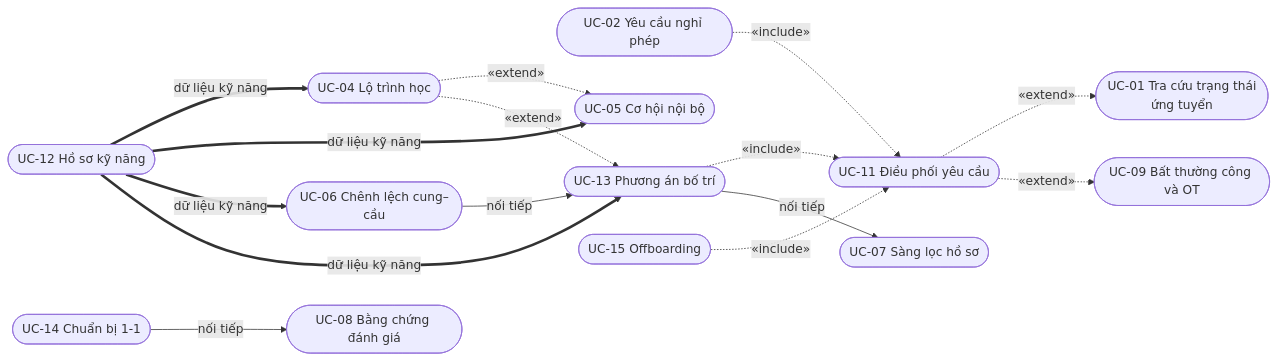
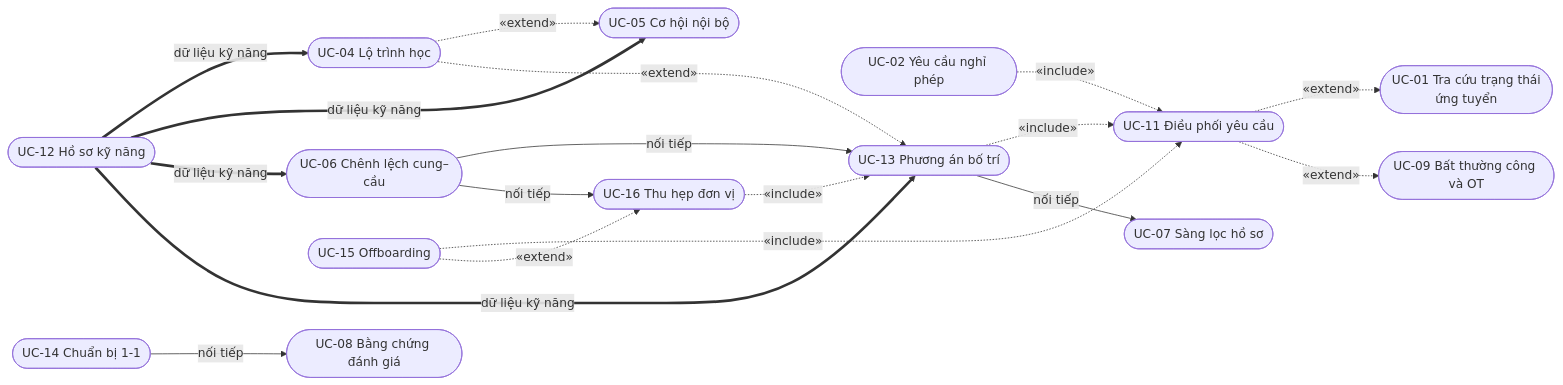
One commit to pbaodev/hrm-fuji changed the fifth of 5 diagrams in docs/03-use-cases/UC_02_Diagrams.md. Above: the diagram before and after it, drawn with Mermaid. The commit also changed other lines of this file and 16 other files, not shown here.

````diff
--- a/docs/03-use-cases/UC_02_Diagrams.md
+++ b/docs/03-use-cases/UC_02_Diagrams.md
@@ -208,34 +220,38 @@
 ```mermaid
 flowchart LR
     UC01(["UC-01 Tra cứu trạng thái<br/>ứng tuyển"])
     UC02(["UC-02 Yêu cầu nghỉ phép"])
     UC04(["UC-04 Lộ trình học"])
     UC05(["UC-05 Cơ hội nội bộ"])
     UC06(["UC-06 Chênh lệch cung–cầu"])
     UC07(["UC-07 Sàng lọc hồ sơ"])
     UC08(["UC-08 Bằng chứng đánh giá"])
     UC09(["UC-09 Bất thường công và OT"])
     UC11(["UC-11 Điều phối yêu cầu"])
     UC12(["UC-12 Hồ sơ kỹ năng"])
     UC13(["UC-13 Phương án bố trí"])
     UC14(["UC-14 Chuẩn bị 1-1"])
     UC15(["UC-15 Offboarding"])
+    UC16(["UC-16 Thu hẹp đơn vị"])
 
     UC02 -. "«include»" .-> UC11
     UC13 -. "«include»" .-> UC11
     UC15 -. "«include»" .-> UC11
+    UC16 -. "«include»" .-> UC13
 
     UC11 -. "«extend»" .-> UC01
     UC11 -. "«extend»" .-> UC09
     UC04 -. "«extend»" .-> UC05
     UC04 -. "«extend»" .-> UC13
+    UC15 -. "«extend»" .-> UC16
 
     UC12 == "dữ liệu kỹ năng" ==> UC04
     UC12 == "dữ liệu kỹ năng" ==> UC05
     UC12 == "dữ liệu kỹ năng" ==> UC06
     UC12 == "dữ liệu kỹ năng" ==> UC13
 
     UC06 -- "nối tiếp" --> UC13
+    UC06 -- "nối tiếp" --> UC16
     UC13 -- "nối tiếp" --> UC07
     UC14 -- "nối tiếp" --> UC08
 ```
````
